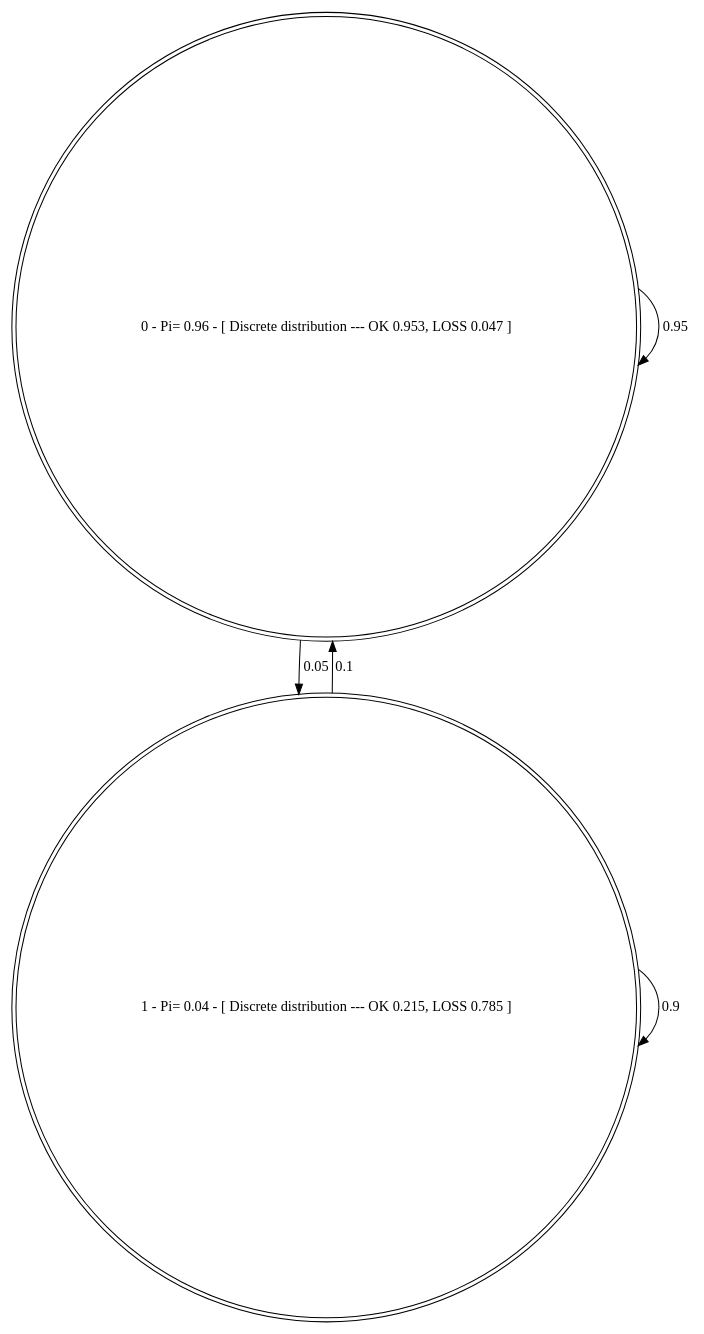
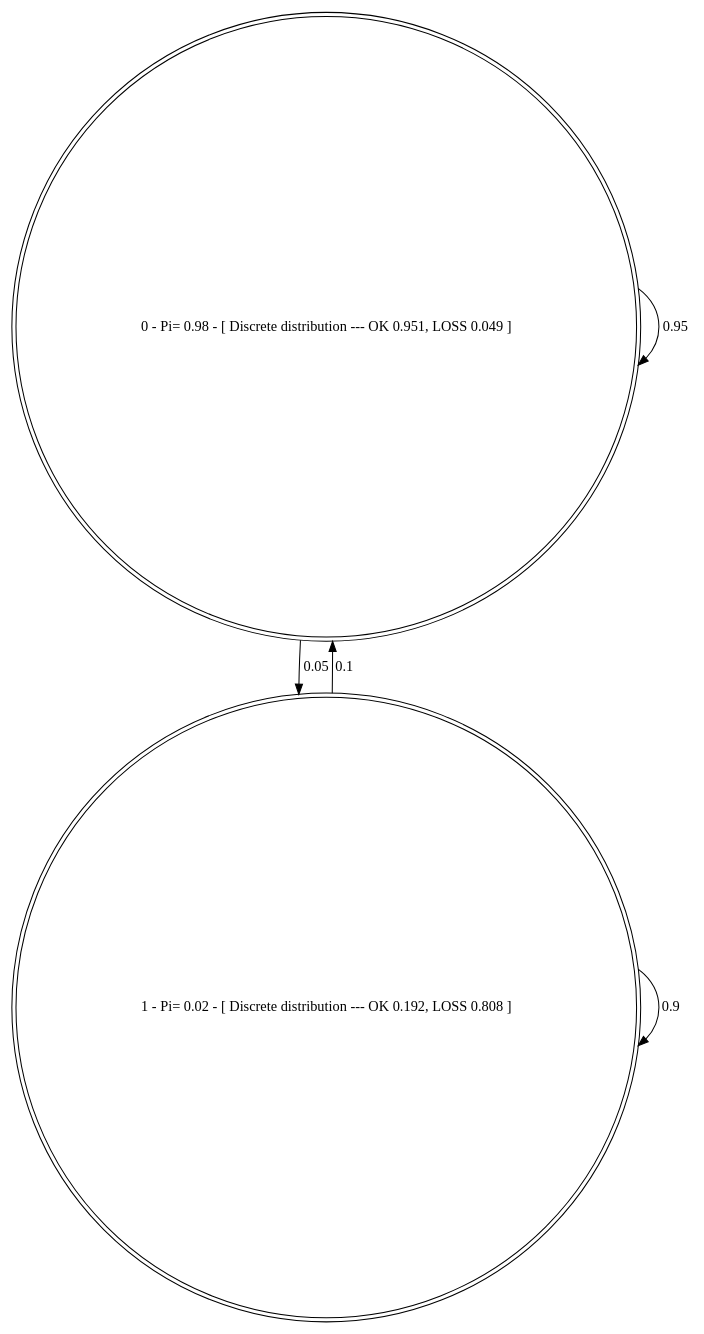
The diagram in Jahmm/learntHmm.dot (benjamindblock/CS440_KeyAcoustics), drawn with Graphviz before and after one commit. The commit also changed 41 other files, not shown here.

```diff
--- a/Jahmm/learntHmm.dot
+++ b/Jahmm/learntHmm.dot
@@ -1,8 +1,8 @@
 digraph G {
 	0 -> 0 [label=0.95];
 	0 -> 1 [label=0.05];
 	1 -> 0 [label=0.1];
 	1 -> 1 [label=0.9];
-	0 [shape=doublecircle, label="0 - Pi= 0.96 - [ Discrete distribution --- OK 0.953, LOSS 0.047 ]"];
-	1 [shape=doublecircle, label="1 - Pi= 0.04 - [ Discrete distribution --- OK 0.215, LOSS 0.785 ]"];
+	0 [shape=doublecircle, label="0 - Pi= 0.98 - [ Discrete distribution --- OK 0.951, LOSS 0.049 ]"];
+	1 [shape=doublecircle, label="1 - Pi= 0.02 - [ Discrete distribution --- OK 0.192, LOSS 0.808 ]"];
 }
```
